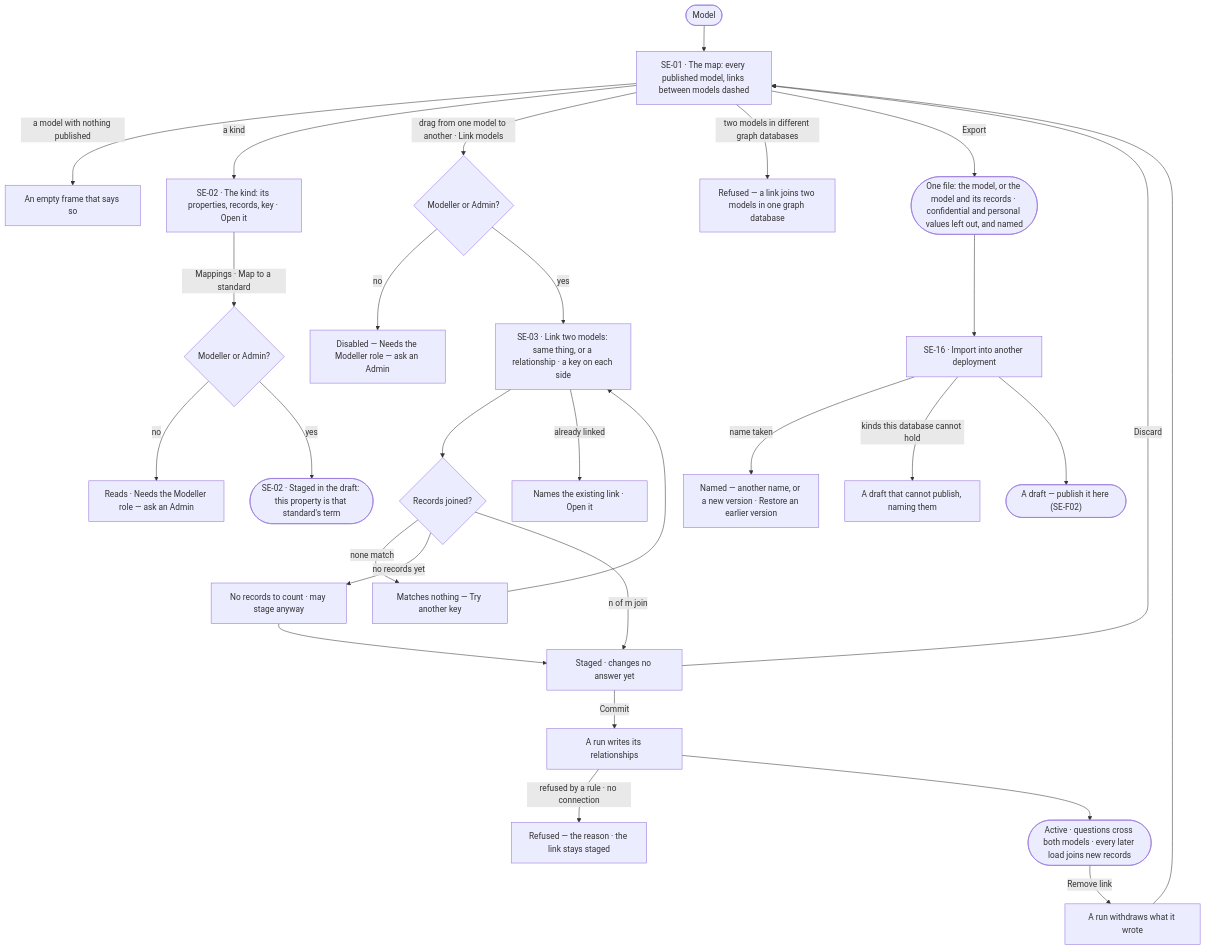
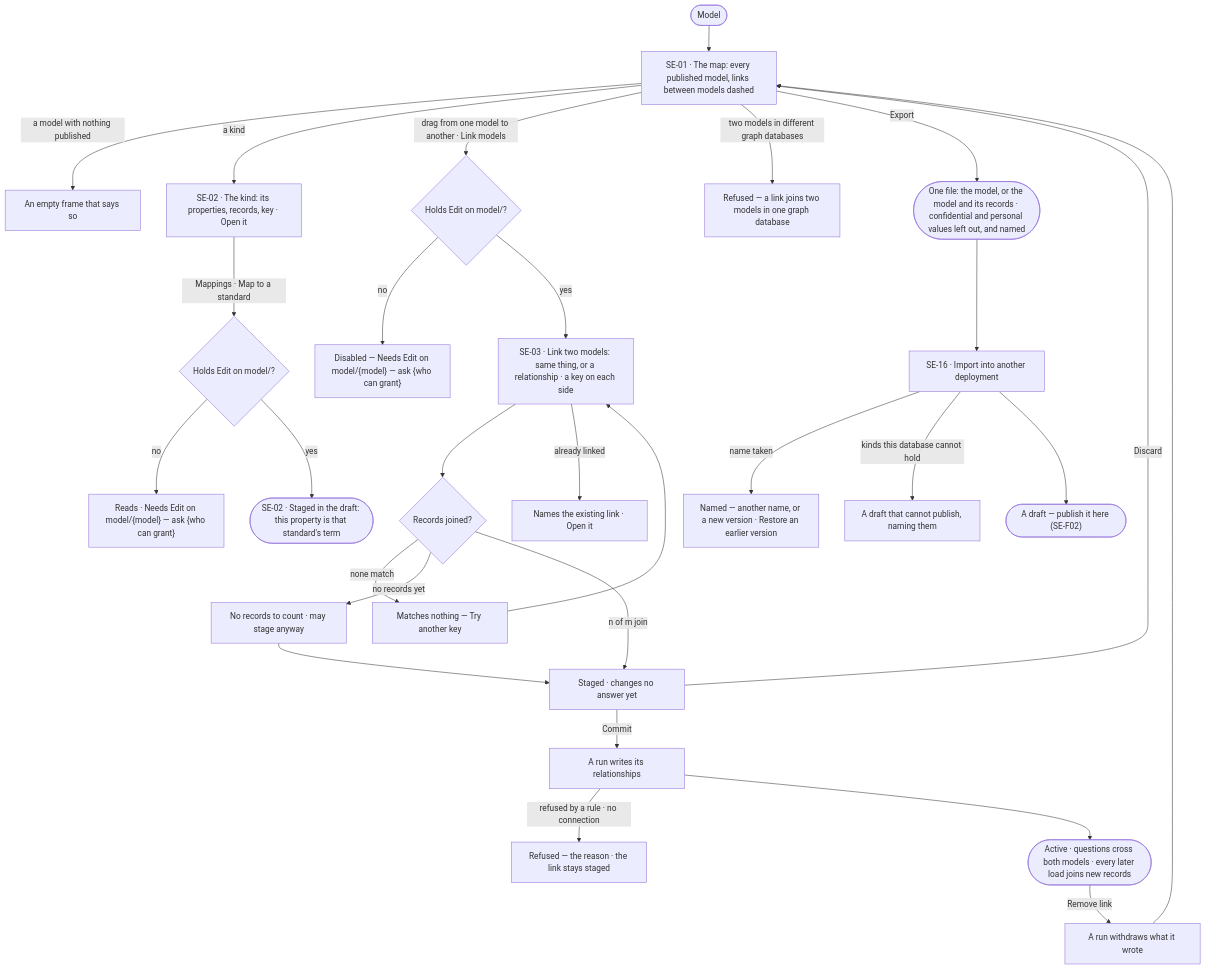
One commit to invana/invana changed the first of 2 diagrams in specs/capabilities/semantics/features/SE-F06-links-and-mappings/feature.md. Above: the diagram before and after it, drawn with Mermaid. The commit also changed other lines of this file and 228 other files, not shown here.

````diff
--- a/specs/capabilities/semantics/features/SE-F06-links-and-mappings/feature.md
+++ b/specs/capabilities/semantics/features/SE-F06-links-and-mappings/feature.md
@@ -22,29 +22,29 @@
 ```mermaid
 flowchart TD
   start([Model]) --> map["SE-01 · The map: every published model, links between models dashed"]
   map -->|a model with nothing published| empty["An empty frame that says so"]
   map -->|a kind| k["SE-02 · The kind: its properties, records, key · Open it"]
-  k -->|Mappings · Map to a standard| mp{Modeller or Admin?}
-  mp -->|no| na2["Reads · Needs the Modeller role — ask an Admin"]
+  k -->|Mappings · Map to a standard| mp{"Holds Edit on model/<model>?"}
+  mp -->|no| na2["Reads · Needs Edit on model/{model} — ask {who can grant}"]
   mp -->|yes| ms(["SE-02 · Staged in the draft: this property is that standard's term"])
-  map -->|drag from one model to another · Link models| may{Modeller or Admin?}
-  may -->|no| na["Disabled — Needs the Modeller role — ask an Admin"]
+  map -->|drag from one model to another · Link models| may{"Holds Edit on model/<model>?"}
+  may -->|no| na["Disabled — Needs Edit on model/{model} — ask {who can grant}"]
   may -->|yes| dec["SE-03 · Link two models: same thing, or a relationship · a key on each side"]
   dec --> cnt{Records joined?}
   cnt -->|none match| fix["Matches nothing — Try another key"] --> dec
   cnt -->|no records yet| ok0["No records to count · may stage anyway"]
   cnt -->|n of m join| st["Staged · changes no answer yet"]
   ok0 --> st
   dec -->|already linked| ex["Names the existing link · Open it"]
   map -->|two models in different graph databases| xdb["Refused — a link joins two models in one graph database"]
   st -->|Discard| map
   st -->|Commit| run["A run writes its relationships"]
   run -->|refused by a rule · no connection| rf["Refused — the reason · the link stays staged"]
   run --> act(["Active · questions cross both models · every later load joins new records"])
   act -->|Remove link| rm["A run withdraws what it wrote"] --> map
   map -->|Export| ex1(["One file: the model, or the model and its records · confidential and personal values left out, and named"])
   ex1 --> imp["SE-16 · Import into another deployment"]
   imp -->|name taken| nt["Named — another name, or a new version · Restore an earlier version"]
   imp -->|kinds this database cannot hold| np["A draft that cannot publish, naming them"]
   imp --> dr(["A draft — publish it here (SE-F02)"])
 ```
````
